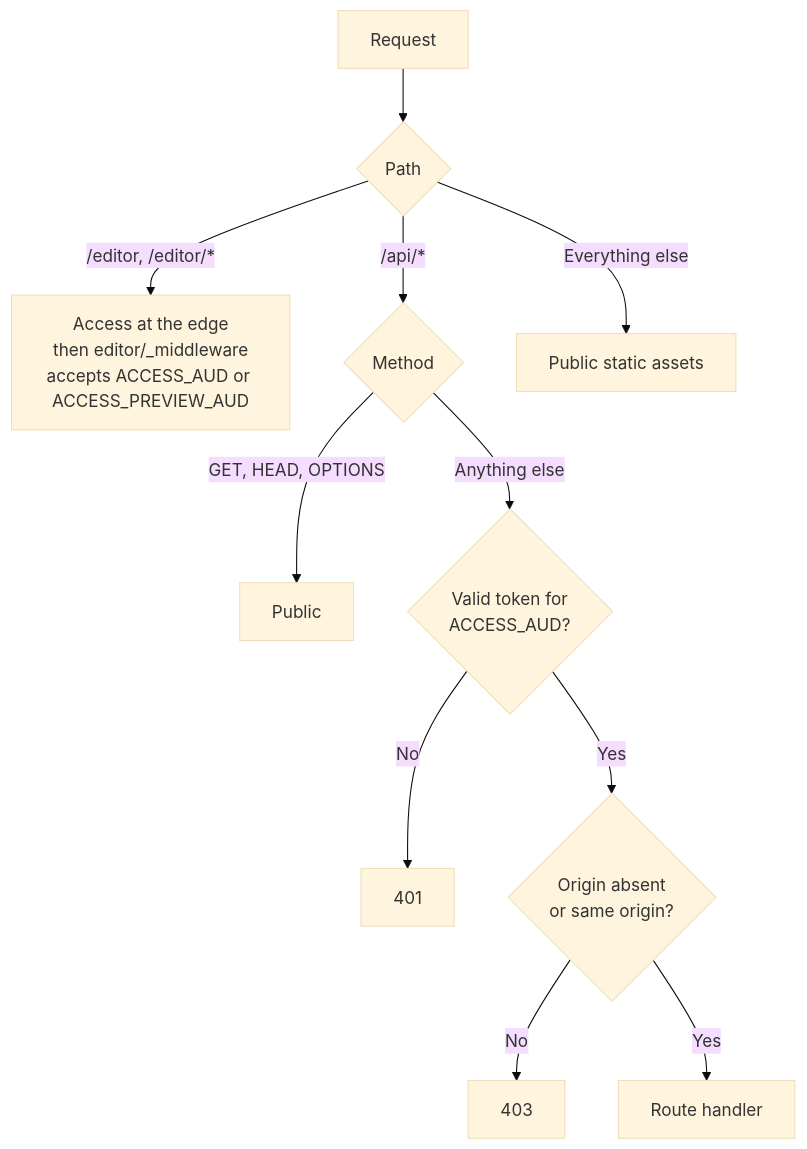
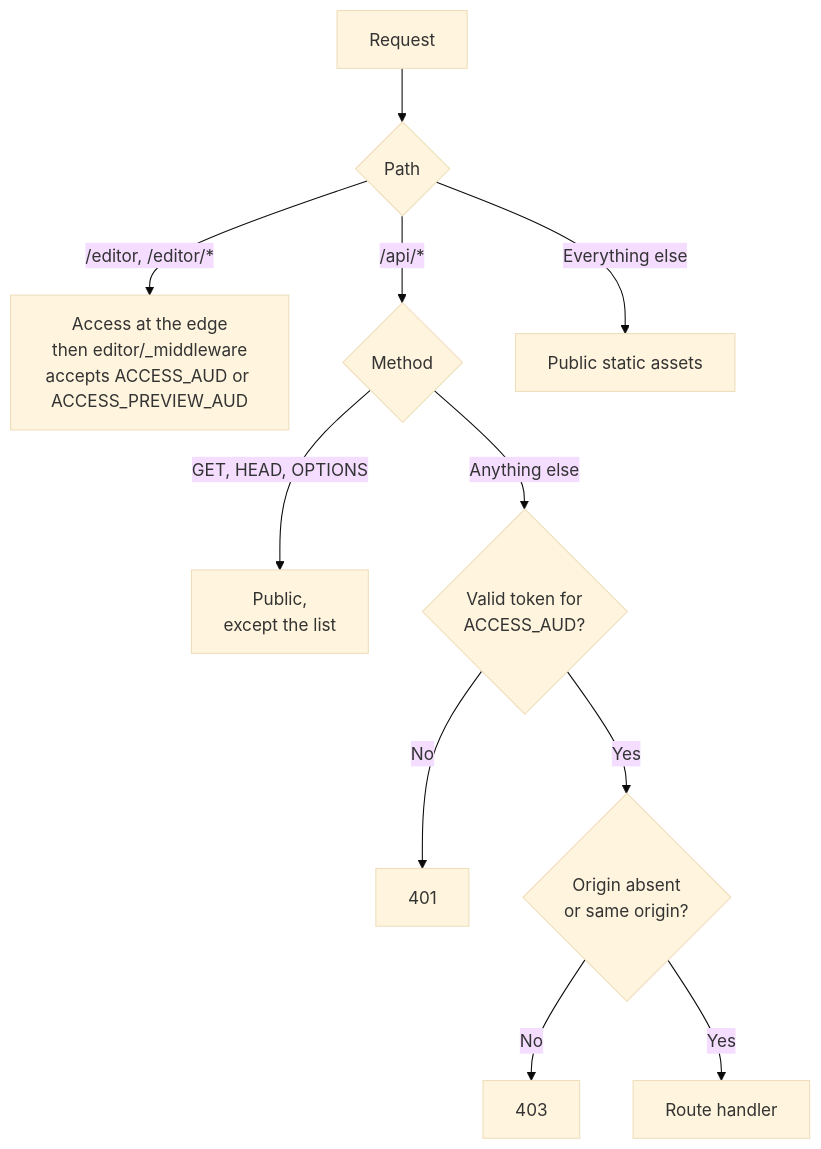
One commit to davidopluslau/whimsy-forge changed the fifth of 6 diagrams in docs/SYSTEM_DESIGN.md. Above: the diagram before and after it, drawn with Mermaid (base theme). The commit also changed other lines of this file and 38 other files, not shown here.

````diff
--- a/docs/SYSTEM_DESIGN.md
+++ b/docs/SYSTEM_DESIGN.md
@@ -206,13 +234,13 @@
 ```mermaid
 flowchart TD
     req["Request"] --> path{"Path"}
     path -->|"/editor, /editor/*"| edge["Access at the edge<br/>then editor/_middleware<br/>accepts ACCESS_AUD or ACCESS_PREVIEW_AUD"]
     path -->|"/api/*"| method{"Method"}
-    method -->|"GET, HEAD, OPTIONS"| open["Public"]
+    method -->|"GET, HEAD, OPTIONS"| open["Public,<br/>except the list"]
     method -->|"Anything else"| token{"Valid token for<br/>ACCESS_AUD?"}
     token -->|"No"| e401["401"]
     token -->|"Yes"| origin{"Origin absent<br/>or same origin?"}
     origin -->|"No"| e403["403"]
     origin -->|"Yes"| handler["Route handler"]
     path -->|"Everything else"| static["Public static assets"]
 ```
````
